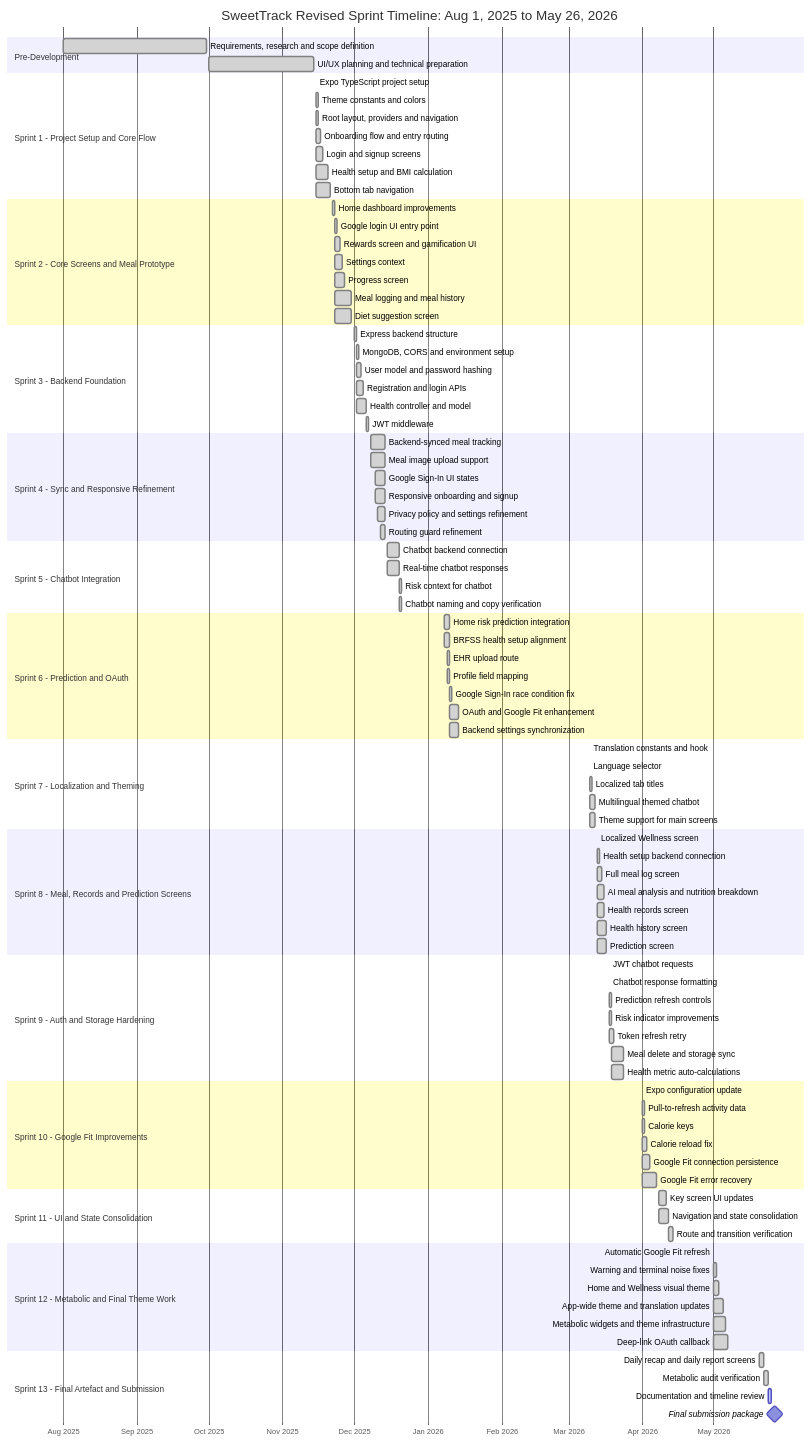
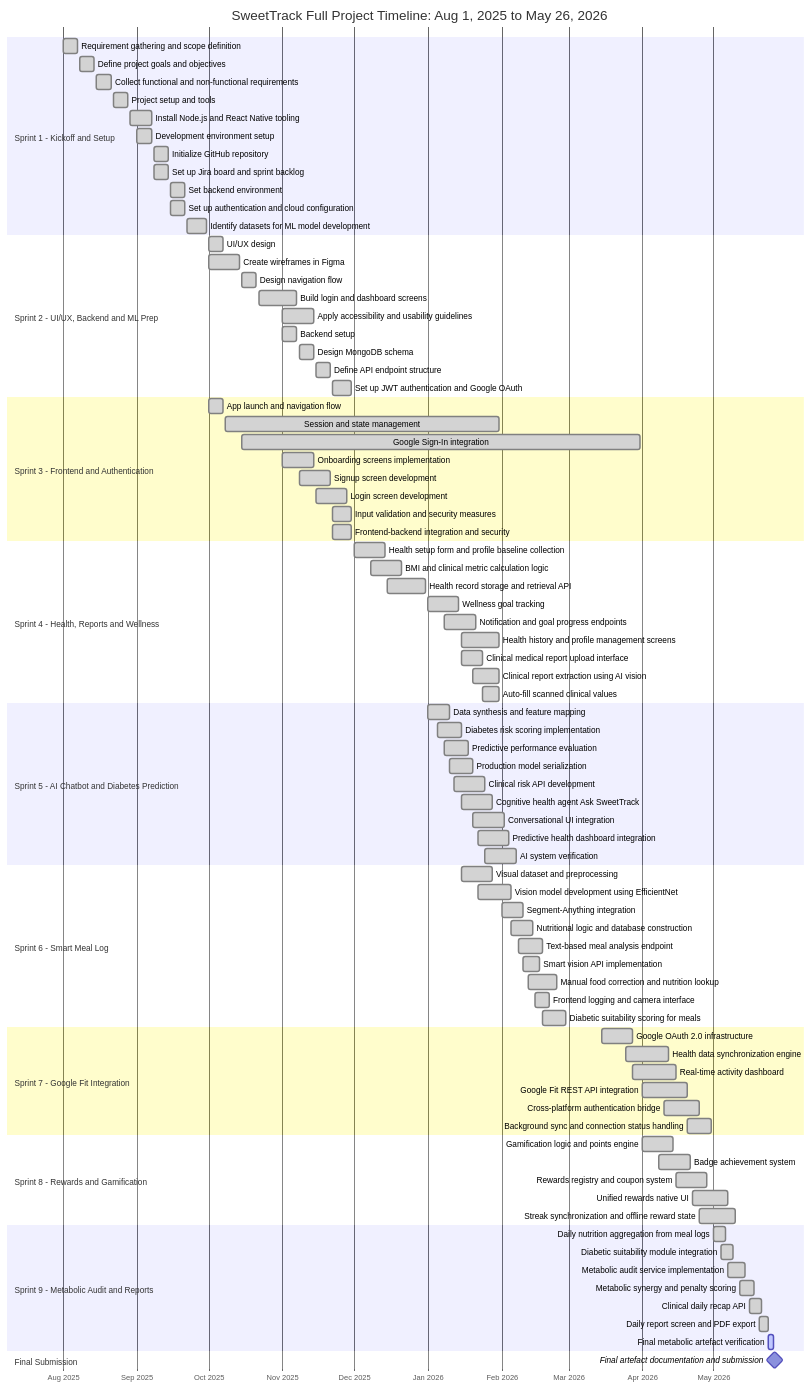
One commit to samartha8/FYP-SweetTrack changed the diagram in sweettrack_project_timeline.md. Above: the diagram before and after it, drawn with Mermaid. The commit also changed other lines of this file, not shown here.

Commit message:
Revise full project timeline and Gantt chart

````diff
--- a/sweettrack_project_timeline.md
+++ b/sweettrack_project_timeline.md
@@ -189,111 +158,100 @@
 ```mermaid
 gantt
-    title SweetTrack Revised Sprint Timeline: Aug 1, 2025 to May 26, 2026
+    title SweetTrack Full Project Timeline: Aug 1, 2025 to May 26, 2026
     dateFormat  YYYY-MM-DD
     axisFormat  %b %Y
 
-    section Pre-Development
-    Requirements, research and scope definition      :done, pre1, 2025-08-01, 2025-09-30
-    UI/UX planning and technical preparation         :done, pre2, 2025-10-01, 2025-11-14
+    section Sprint 1 - Kickoff and Setup
+    Requirement gathering and scope definition        :done, pm3, 2025-08-01, 2025-08-07
+    Define project goals and objectives              :done, pm4, 2025-08-08, 2025-08-14
+    Collect functional and non-functional requirements :done, pm6, 2025-08-15, 2025-08-21
+    Project setup and tools                          :done, pm7, 2025-08-22, 2025-08-28
+    Install Node.js and React Native tooling         :done, pm11, 2025-08-29, 2025-09-07
+    Development environment setup                    :done, pm10, 2025-09-01, 2025-09-07
+    Initialize GitHub repository                     :done, pm9, 2025-09-08, 2025-09-14
+    Set up Jira board and sprint backlog             :done, pm8, 2025-09-08, 2025-09-14
+    Set backend environment                          :done, pm13, 2025-09-15, 2025-09-21
+    Set up authentication and cloud configuration    :done, pm12, 2025-09-15, 2025-09-21
+    Identify datasets for ML model development       :done, pm5, 2025-09-22, 2025-09-30
 
-    section Sprint 1 - Project Setup and Core Flow
-    Expo TypeScript project setup                    :done, st1, 2025-11-15, 2025-11-15
-    Theme constants and colors                       :done, st2, 2025-11-15, 2025-11-16
-    Root layout, providers and navigation            :done, st3, 2025-11-15, 2025-11-16
-    Onboarding flow and entry routing                :done, st4, 2025-11-15, 2025-11-17
-    Login and signup screens                         :done, st5, 2025-11-15, 2025-11-18
-    Health setup and BMI calculation                 :done, st6, 2025-11-15, 2025-11-20
-    Bottom tab navigation                            :done, st7, 2025-11-15, 2025-11-21
+    section Sprint 2 - UI/UX, Backend and ML Prep
+    UI/UX design                                     :done, pm15, 2025-10-01, 2025-10-07
+    Create wireframes in Figma                       :done, pm16, 2025-10-01, 2025-10-14
+    Design navigation flow                           :done, pm17, 2025-10-15, 2025-10-21
+    Build login and dashboard screens                :done, pm18, 2025-10-22, 2025-11-07
+    Apply accessibility and usability guidelines     :done, pm19, 2025-11-01, 2025-11-14
+    Backend setup                                    :done, pm20, 2025-11-01, 2025-11-07
+    Design MongoDB schema                            :done, pm21, 2025-11-08, 2025-11-14
+    Define API endpoint structure                    :done, pm22, 2025-11-15, 2025-11-21
+    Set up JWT authentication and Google OAuth       :done, pm23, 2025-11-22, 2025-11-30
 
-    section Sprint 2 - Core Screens and Meal Prototype
-    Home dashboard improvements                      :done, st8, 2025-11-22, 2025-11-23
-    Google login UI entry point                      :done, st9, 2025-11-23, 2025-11-24
-    Rewards screen and gamification UI               :done, st10, 2025-11-23, 2025-11-25
-    Settings context                                 :done, st11, 2025-11-23, 2025-11-26
-    Progress screen                                  :done, st12, 2025-11-23, 2025-11-27
-    Meal logging and meal history                    :done, st13, 2025-11-23, 2025-11-30
-    Diet suggestion screen                           :done, st14, 2025-11-23, 2025-11-30
+    section Sprint 3 - Frontend and Authentication
+    App launch and navigation flow                   :done, pm25, 2025-10-01, 2025-10-07
+    Session and state management                     :done, pm30, 2025-10-08, 2026-01-31
+    Google Sign-In integration                       :done, pm29, 2025-10-15, 2026-03-31
+    Onboarding screens implementation                :done, pm26, 2025-11-01, 2025-11-14
+    Signup screen development                        :done, pm27, 2025-11-08, 2025-11-21
+    Login screen development                         :done, pm28, 2025-11-15, 2025-11-28
+    Input validation and security measures           :done, pm32, 2025-11-22, 2025-11-30
+    Frontend-backend integration and security        :done, pm31, 2025-11-22, 2025-11-30
 
-    section Sprint 3 - Backend Foundation
-    Express backend structure                        :done, st15, 2025-12-01, 2025-12-02
-    MongoDB, CORS and environment setup              :done, st16, 2025-12-02, 2025-12-03
-    User model and password hashing                  :done, st17, 2025-12-02, 2025-12-04
-    Registration and login APIs                      :done, st18, 2025-12-02, 2025-12-05
-    Health controller and model                      :done, st19, 2025-12-02, 2025-12-06
-    JWT middleware                                   :done, st20, 2025-12-06, 2025-12-07
+    section Sprint 4 - Health, Reports and Wellness
+    Health setup form and profile baseline collection :done, pm34, 2025-12-01, 2025-12-14
+    BMI and clinical metric calculation logic        :done, pm35, 2025-12-08, 2025-12-21
+    Health record storage and retrieval API          :done, pm36, 2025-12-15, 2025-12-31
+    Wellness goal tracking                           :done, pm37, 2026-01-01, 2026-01-14
+    Notification and goal progress endpoints         :done, pm38, 2026-01-08, 2026-01-21
+    Health history and profile management screens    :done, pm39, 2026-01-15, 2026-01-31
+    Clinical medical report upload interface         :done, pm40, 2026-01-15, 2026-01-24
+    Clinical report extraction using AI vision       :done, pm41, 2026-01-20, 2026-01-31
+    Auto-fill scanned clinical values                :done, pm42, 2026-01-24, 2026-01-31
 
-    section Sprint 4 - Sync and Responsive Refinement
-    Backend-synced meal tracking                     :done, st21, 2025-12-08, 2025-12-14
-    Meal image upload support                        :done, st22, 2025-12-08, 2025-12-14
-    Google Sign-In UI states                         :done, st23, 2025-12-10, 2025-12-14
-    Responsive onboarding and signup                 :done, st24, 2025-12-10, 2025-12-14
-    Privacy policy and settings refinement           :done, st25, 2025-12-11, 2025-12-14
-    Routing guard refinement                         :done, st26, 2025-12-12, 2025-12-14
+    section Sprint 5 - AI Chatbot and Diabetes Prediction
+    Data synthesis and feature mapping               :done, pm54, 2026-01-01, 2026-01-10
+    Diabetes risk scoring implementation             :done, pm55, 2026-01-05, 2026-01-15
+    Predictive performance evaluation                :done, pm56, 2026-01-08, 2026-01-18
+    Production model serialization                   :done, pm57, 2026-01-10, 2026-01-20
+    Clinical risk API development                    :done, pm58, 2026-01-12, 2026-01-25
+    Cognitive health agent Ask SweetTrack            :done, pm59, 2026-01-15, 2026-01-28
+    Conversational UI integration                    :done, pm60, 2026-01-20, 2026-02-02
+    Predictive health dashboard integration          :done, pm61, 2026-01-22, 2026-02-04
+    AI system verification                           :done, pm62, 2026-01-25, 2026-02-07
 
-    section Sprint 5 - Chatbot Integration
-    Chatbot backend connection                       :done, st27, 2025-12-15, 2025-12-20
-    Real-time chatbot responses                      :done, st28, 2025-12-15, 2025-12-20
-    Risk context for chatbot                         :done, st29, 2025-12-20, 2025-12-21
-    Chatbot naming and copy verification             :done, st30, 2025-12-20, 2025-12-21
+    section Sprint 6 - Smart Meal Log
+    Visual dataset and preprocessing                 :done, pm64, 2026-01-15, 2026-01-28
+    Vision model development using EfficientNet      :done, pm65, 2026-01-22, 2026-02-05
+    Segment-Anything integration                     :done, pm66, 2026-02-01, 2026-02-10
+    Nutritional logic and database construction      :done, pm67, 2026-02-05, 2026-02-14
+    Text-based meal analysis endpoint                :done, pm70, 2026-02-08, 2026-02-18
+    Smart vision API implementation                  :done, pm68, 2026-02-10, 2026-02-17
+    Manual food correction and nutrition lookup      :done, pm71, 2026-02-12, 2026-02-24
+    Frontend logging and camera interface            :done, pm69, 2026-02-15, 2026-02-21
+    Diabetic suitability scoring for meals           :done, pm72, 2026-02-18, 2026-02-28
 
-    section Sprint 6 - Prediction and OAuth
-    Home risk prediction integration                 :done, st31, 2026-01-08, 2026-01-10
-    BRFSS health setup alignment                     :done, st32, 2026-01-08, 2026-01-10
-    EHR upload route                                 :done, st33, 2026-01-09, 2026-01-10
-    Profile field mapping                            :done, st34, 2026-01-09, 2026-01-10
-    Google Sign-In race condition fix                :done, st35, 2026-01-10, 2026-01-11
-    OAuth and Google Fit enhancement                 :done, st36, 2026-01-10, 2026-01-14
-    Backend settings synchronization                 :done, st37, 2026-01-10, 2026-01-14
+    section Sprint 7 - Google Fit Integration
+    Google OAuth 2.0 infrastructure                  :done, pm91, 2026-03-15, 2026-03-28
+    Health data synchronization engine               :done, pm94, 2026-03-25, 2026-04-12
+    Real-time activity dashboard                     :done, pm95, 2026-03-28, 2026-04-15
+    Google Fit REST API integration                  :done, pm93, 2026-04-01, 2026-04-20
+    Cross-platform authentication bridge             :done, pm92, 2026-04-10, 2026-04-25
+    Background sync and connection status handling   :done, pm96, 2026-04-20, 2026-04-30
 
-    section Sprint 7 - Localization and Theming
-    Translation constants and hook                   :done, st38, 2026-03-10, 2026-03-10
-    Language selector                                :done, st39, 2026-03-10, 2026-03-10
-    Localized tab titles                             :done, st40, 2026-03-10, 2026-03-11
-    Multilingual themed chatbot                      :done, st41, 2026-03-10, 2026-03-12
-    Theme support for main screens                   :done, st42, 2026-03-10, 2026-03-12
+    section Sprint 8 - Rewards and Gamification
+    Gamification logic and points engine             :done, pm101, 2026-04-01, 2026-04-14
+    Badge achievement system                         :done, pm102, 2026-04-08, 2026-04-21
+    Rewards registry and coupon system               :done, pm103, 2026-04-15, 2026-04-28
+    Unified rewards native UI                        :done, pm104, 2026-04-22, 2026-05-07
+    Streak synchronization and offline reward state  :done, pm105, 2026-04-25, 2026-05-10
 
-    section Sprint 8 - Meal, Records and Prediction Screens
-    Localized Wellness screen                        :done, st43, 2026-03-13, 2026-03-13
-    Health setup backend connection                  :done, st44, 2026-03-13, 2026-03-14
-    Full meal log screen                             :done, st45, 2026-03-13, 2026-03-15
-    AI meal analysis and nutrition breakdown         :done, st46, 2026-03-13, 2026-03-16
-    Health records screen                            :done, st47, 2026-03-13, 2026-03-16
-    Health history screen                            :done, st48, 2026-03-13, 2026-03-17
-    Prediction screen                                :done, st49, 2026-03-13, 2026-03-17
+    section Sprint 9 - Metabolic Audit and Reports
+    Daily nutrition aggregation from meal logs       :done, pm121, 2026-05-01, 2026-05-06
+    Diabetic suitability module integration          :done, pm122, 2026-05-04, 2026-05-09
+    Metabolic audit service implementation           :done, pm123, 2026-05-07, 2026-05-14
+    Metabolic synergy and penalty scoring            :done, pm124, 2026-05-12, 2026-05-18
+    Clinical daily recap API                         :done, pm125, 2026-05-16, 2026-05-21
+    Daily report screen and PDF export               :done, pm126, 2026-05-20, 2026-05-24
+    Final metabolic artefact verification            :active, pm127, 2026-05-24, 2026-05-26
 
-    section Sprint 9 - Auth and Storage Hardening
-    JWT chatbot requests                             :done, st50, 2026-03-18, 2026-03-18
-    Chatbot response formatting                      :done, st51, 2026-03-18, 2026-03-18
-    Prediction refresh controls                      :done, st52, 2026-03-18, 2026-03-19
-    Risk indicator improvements                      :done, st53, 2026-03-18, 2026-03-19
-    Token refresh retry                              :done, st54, 2026-03-18, 2026-03-20
-    Meal delete and storage sync                     :done, st55, 2026-03-19, 2026-03-24
-    Health metric auto-calculations                  :done, st56, 2026-03-19, 2026-03-24
-
-    section Sprint 10 - Google Fit Improvements
-    Expo configuration update                        :done, st57, 2026-04-01, 2026-04-01
-    Pull-to-refresh activity data                    :done, st58, 2026-04-01, 2026-04-02
-    Calorie keys                                     :done, st59, 2026-04-01, 2026-04-02
-    Calorie reload fix                               :done, st60, 2026-04-01, 2026-04-03
-    Google Fit connection persistence                :done, st61, 2026-04-01, 2026-04-04
-    Google Fit error recovery                        :done, st62, 2026-04-01, 2026-04-07
-
-    section Sprint 11 - UI and State Consolidation
-    Key screen UI updates                            :done, st63, 2026-04-08, 2026-04-11
-    Navigation and state consolidation               :done, st64, 2026-04-08, 2026-04-12
-    Route and transition verification                :done, st65, 2026-04-12, 2026-04-14
-
-    section Sprint 12 - Metabolic and Final Theme Work
-    Automatic Google Fit refresh                     :done, st66, 2026-05-01, 2026-05-01
-    Warning and terminal noise fixes                 :done, st67, 2026-05-01, 2026-05-02
-    Home and Wellness visual theme                   :done, st68, 2026-05-01, 2026-05-03
-    App-wide theme and translation updates           :done, st69, 2026-05-01, 2026-05-05
-    Metabolic widgets and theme infrastructure       :done, st70, 2026-05-01, 2026-05-06
-    Deep-link OAuth callback                         :done, st71, 2026-05-01, 2026-05-07
-
-    section Sprint 13 - Final Artefact and Submission
-    Daily recap and daily report screens             :done, st72, 2026-05-20, 2026-05-22
-    Metabolic audit verification                     :done, st73, 2026-05-22, 2026-05-24
-    Documentation and timeline review                :active, st74, 2026-05-24, 2026-05-25
-    Final submission package                         :milestone, st75, 2026-05-26, 1d
+    section Final Submission
+    Final artefact documentation and submission      :milestone, pm110, 2026-05-26, 1d
 ```
````
